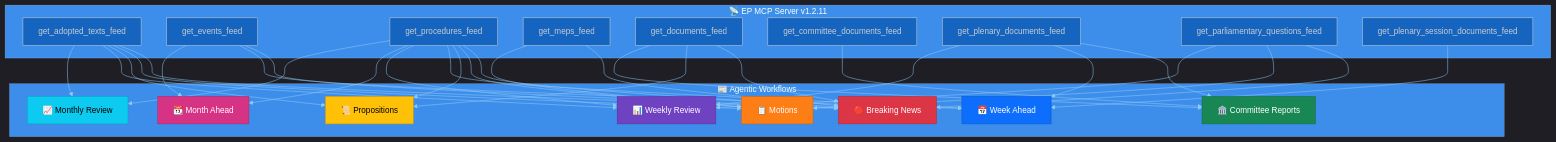
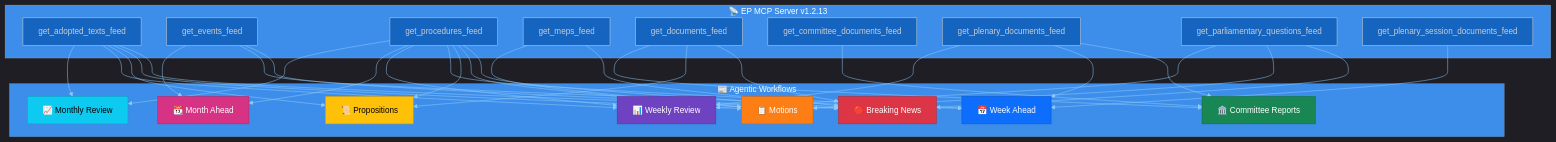
Before and after one commit to Hack23/euparliamentmonitor: the fifth of 7 diagrams in analysis/README.md, drawn with Mermaid. The commit also changed 35 other files, not shown here.

First line of the commit message:
chore: bump EP MCP Server references from 1.2.11 to 1.2.13 across docs, workflows, and source

````diff
--- a/analysis/README.md
+++ b/analysis/README.md
@@ -518,45 +518,45 @@
 ```mermaid
 %%{init: {"theme":"dark","themeVariables":{"primaryColor":"#1565C0","primaryTextColor":"#ffffff","primaryBorderColor":"#0A3F7F","lineColor":"#90CAF9","secondaryColor":"#2E7D32","secondaryTextColor":"#ffffff","secondaryBorderColor":"#0F3F00","tertiaryColor":"#FF9800","tertiaryTextColor":"#000000","tertiaryBorderColor":"#7F4F00","mainBkg":"#1565C0","secondBkg":"#2E7D32","tertiaryBkg":"#FF9800","noteBkgColor":"#FFC107","noteTextColor":"#000000","noteBorderColor":"#7F6000","errorBkgColor":"#D32F2F","errorTextColor":"#ffffff","fontFamily":"Inter, Helvetica, Arial, sans-serif","pie1":"#1565C0","pie2":"#2E7D32","pie3":"#FF9800","pie4":"#D32F2F","pie5":"#FFC107","pie6":"#7B1FA2","pie7":"#9E9E9E","pie8":"#0288D1","pie9":"#388E3C","pie10":"#F57C00","pie11":"#C62828","pie12":"#FBC02D","pieTitleTextSize":"18px","pieSectionTextSize":"14px","pieLegendTextSize":"13px","pieStrokeColor":"#1e1e1e","pieOuterStrokeColor":"#1e1e1e","git0":"#1565C0","git1":"#2E7D32","git2":"#FF9800","git3":"#D32F2F","gitBranchLabel0":"#ffffff","gitBranchLabel1":"#ffffff","gitBranchLabel2":"#000000","gitBranchLabel3":"#ffffff","cScale0":"#1565C0","cScale1":"#2E7D32","cScale2":"#FF9800","cScale3":"#D32F2F","cScale4":"#FFC107","cScale5":"#7B1FA2","cScale6":"#9E9E9E","cScale7":"#0288D1","xyChart":{"backgroundColor":"#1e1e1e","plotColorPalette":"#1565C0,#2E7D32,#FF9800,#D32F2F,#FFC107,#7B1FA2,#9E9E9E"}}}}%%
 flowchart TD
-    subgraph "📡 EP MCP Server v1.2.11"
+    subgraph "📡 EP MCP Server v1.2.13"
         F1["get_adopted_texts_feed"]
         F2["get_events_feed"]
         F3["get_procedures_feed"]
         F4["get_meps_feed"]
         F5["get_documents_feed"]
         F6["get_committee_documents_feed"]
         F7["get_plenary_documents_feed"]
         F8["get_parliamentary_questions_feed"]
         F9["get_plenary_session_documents_feed"]
     end
 
     subgraph "📰 Agentic Workflows"
         W1["🔴 Breaking News"]
         W2["📋 Motions"]
         W3["📜 Propositions"]
         W4["🏛️ Committee Reports"]
         W5["📅 Week Ahead"]
         W6["📊 Weekly Review"]
         W7["📆 Month Ahead"]
         W8["📈 Monthly Review"]
     end
 
     F1 --> W1 & W2 & W3 & W6 & W8
     F2 --> W1 & W5 & W7
     F3 --> W1 & W2 & W3 & W5 & W6 & W7 & W8
     F4 --> W1 & W2
     F5 --> W1 & W3 & W4
     F6 --> W4
     F7 --> W4 & W5 & W6
     F8 --> W1 & W2 & W6
     F9 --> W5
 
     style W1 fill:#dc3545,stroke:#b02a37,color:#fff
     style W2 fill:#fd7e14,stroke:#ca6510,color:#fff
     style W3 fill:#ffc107,stroke:#cc9a06,color:#000
     style W4 fill:#198754,stroke:#146c43,color:#fff
     style W5 fill:#0d6efd,stroke:#0a58ca,color:#fff
     style W6 fill:#6f42c1,stroke:#59359a,color:#fff
     style W7 fill:#d63384,stroke:#ab296a,color:#fff
     style W8 fill:#0dcaf0,stroke:#0aa2c0,color:#000
 ```
````
